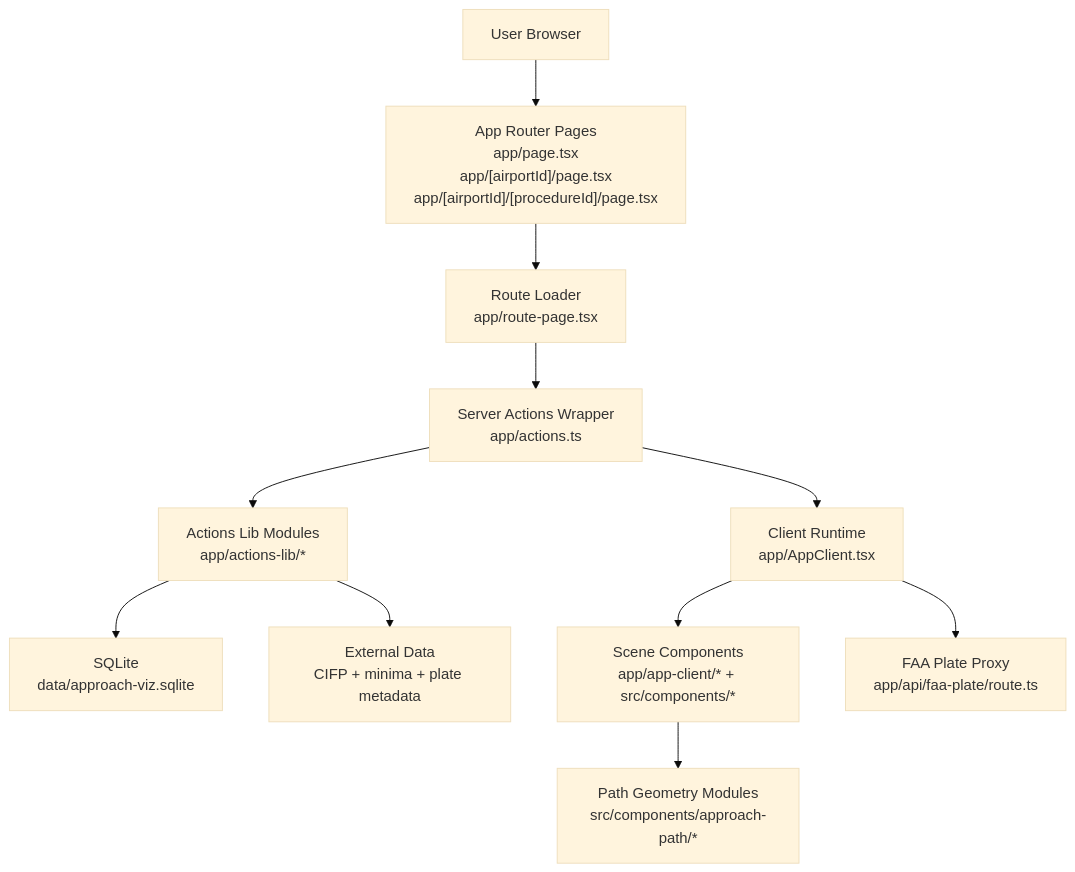
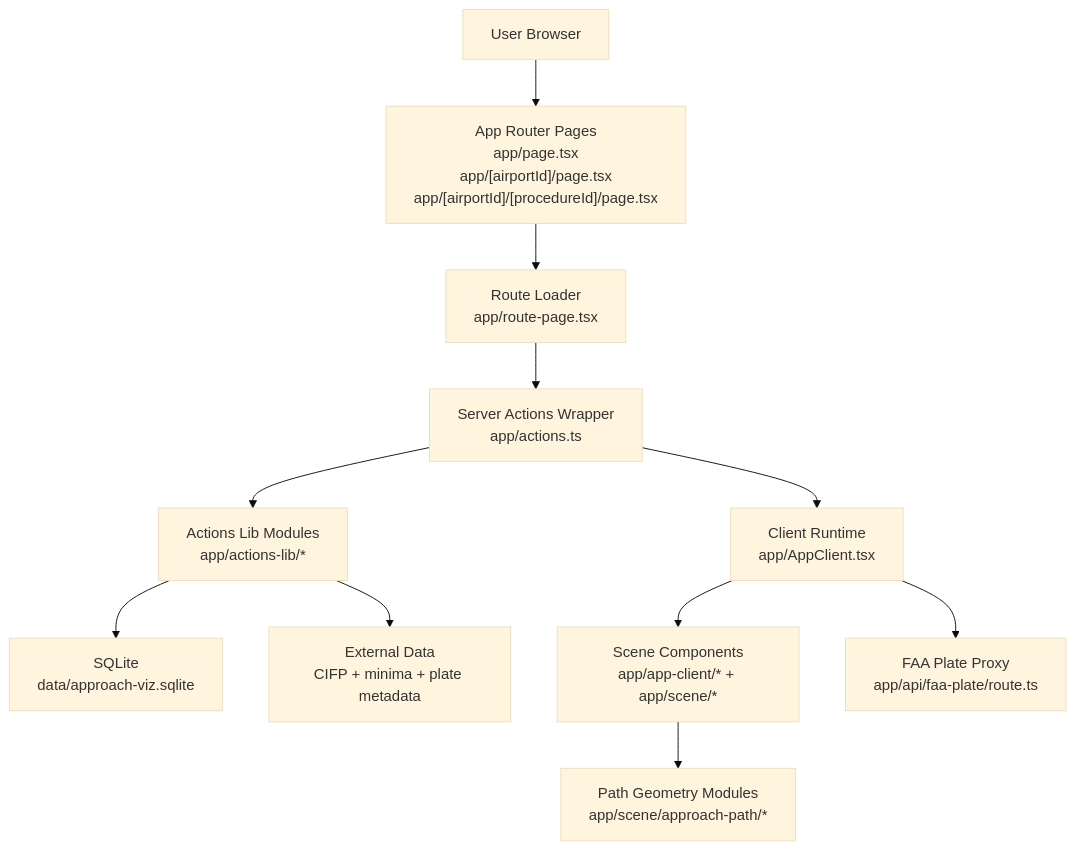
One commit to andyfangdz/approach-viz changed the diagram in docs/architecture-overview.md. Above: the diagram before and after it, drawn with Mermaid (base theme). The commit also changed 39 other files, not shown here.

First line of the commit message:
Move src/ into lib/ and app/scene/ for clearer directory layout

````diff
--- a/docs/architecture-overview.md
+++ b/docs/architecture-overview.md
@@ -7,13 +7,13 @@
 ```mermaid
 flowchart TD
   U["User Browser"] --> R["App Router Pages<br/>app/page.tsx<br/>app/[airportId]/page.tsx<br/>app/[airportId]/[procedureId]/page.tsx"]
   R --> L["Route Loader<br/>app/route-page.tsx"]
   L --> A["Server Actions Wrapper<br/>app/actions.ts"]
   A --> AL["Actions Lib Modules<br/>app/actions-lib/*"]
   AL --> DB["SQLite<br/>data/approach-viz.sqlite"]
   AL --> EXT["External Data<br/>CIFP + minima + plate metadata"]
   A --> C["Client Runtime<br/>app/AppClient.tsx"]
-  C --> S["Scene Components<br/>app/app-client/* + src/components/*"]
+  C --> S["Scene Components<br/>app/app-client/* + app/scene/*"]
   C --> P["FAA Plate Proxy<br/>app/api/faa-plate/route.ts"]
-  S --> G["Path Geometry Modules<br/>src/components/approach-path/*"]
+  S --> G["Path Geometry Modules<br/>app/scene/approach-path/*"]
 ```
````
